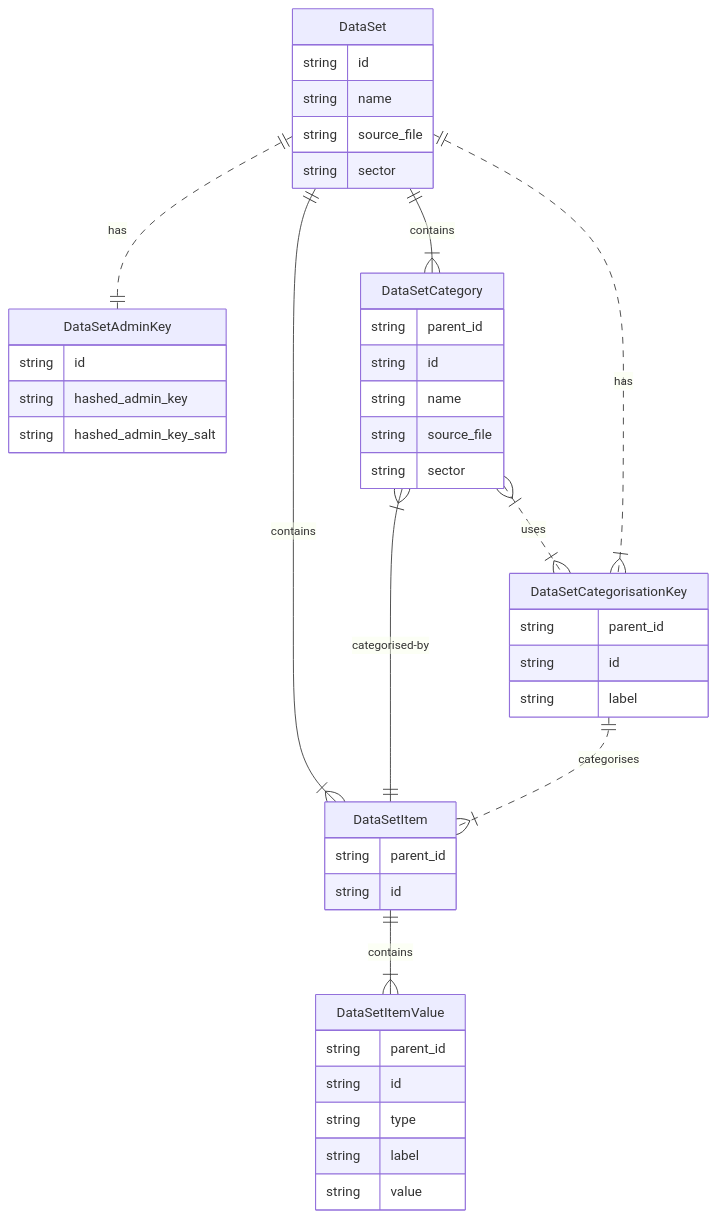
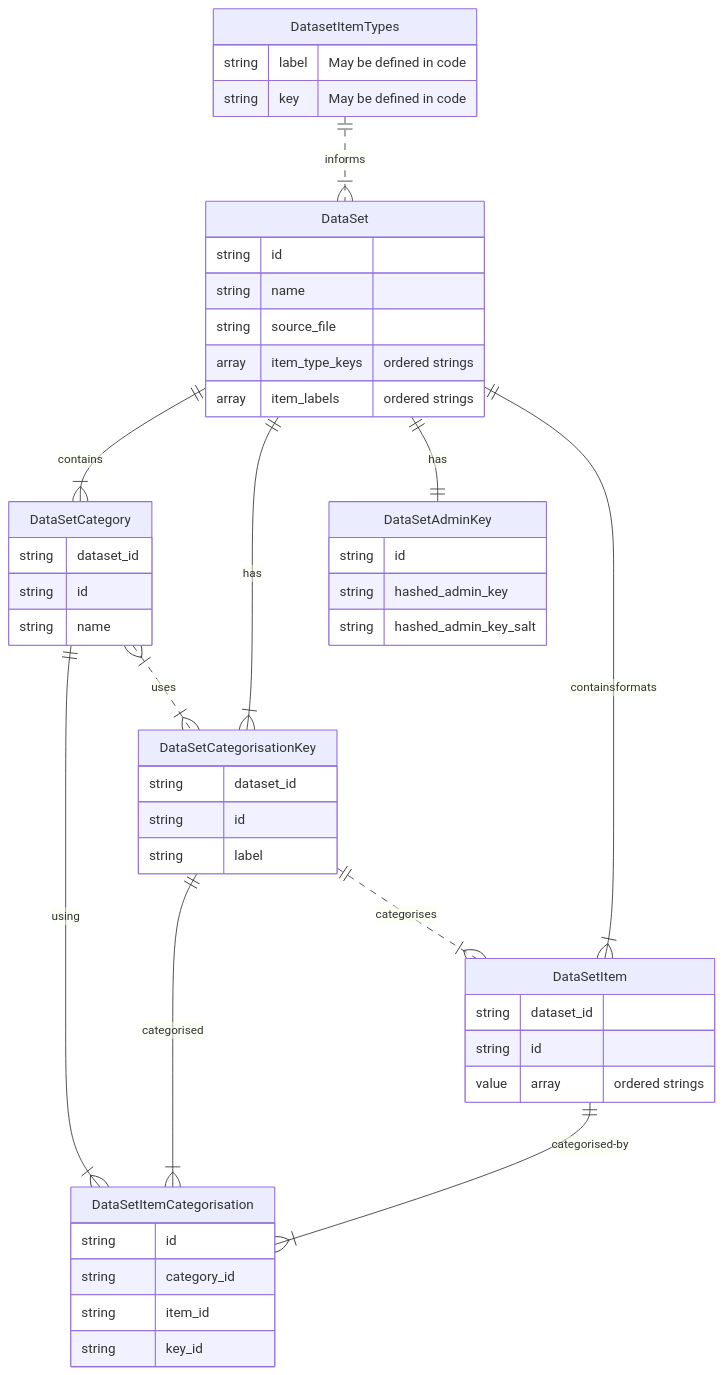
The diagram in README.md (LeeMartin77/quickcategory), drawn with Mermaid before and after one commit. The commit also changed other lines of this file, not shown here.

Commit message:
Update: Simplified ERD + remove neo4j ref

````diff
--- a/README.md
+++ b/README.md
@@ -11,45 +9,50 @@
 ```mermaid
 erDiagram
+  DatasetItemTypes {
+    string label "May be defined in code"
+    string key "May be defined in code"
+  }
   DataSetAdminKey {
     string id
     string hashed_admin_key
     string hashed_admin_key_salt
   }
-  DataSet ||..|| DataSetAdminKey : has
   DataSetCategorisationKey {
-    string parent_id
+    string dataset_id
     string id
     string label
   }
   DataSet {
     string id
     string name
     string source_file
-    string sector
+    array item_type_keys "ordered strings"
+    array item_labels "ordered strings"
   }
-  DataSet ||--|{ DataSetItem : contains
   DataSetCategory {
-    string parent_id
+    string dataset_id
     string id
     string name
-    string source_file
-    string sector
+  }
+  DataSetItemCategorisation {
+    string id
+    string category_id
+    string item_id
+    string key_id
+  }
+  DataSetItem {
+    string dataset_id
+    string id
+    value array "ordered strings"
   }
   DataSet ||--|{ DataSetCategory : contains
-  DataSetCategory }|--|| DataSetItem : categorised-by
-  DataSet ||..|{ DataSetCategorisationKey : has
+  DataSet ||--|{ DataSetCategorisationKey : has
+  DataSet ||--|| DataSetAdminKey : has
+  DataSet ||--|{ DataSetItem : containsformats
+  DataSetItem ||--|{ DataSetItemCategorisation : categorised-by
+  DataSetCategory ||--|{ DataSetItemCategorisation : using
+  DataSetCategorisationKey ||--|{ DataSetItemCategorisation : categorised
+  DatasetItemTypes ||..|{ DataSet : informs
   DataSetCategory }|..|{ DataSetCategorisationKey : uses
-  DataSetItem {
-    string parent_id
-    string id
-  }
   DataSetCategorisationKey ||..|{ DataSetItem : categorises
-  DataSetItem ||--|{ DataSetItemValue : contains
-  DataSetItemValue {
-    string parent_id
-    string id
-    string type
-    string label
-    string value
-  }
 ```
````
